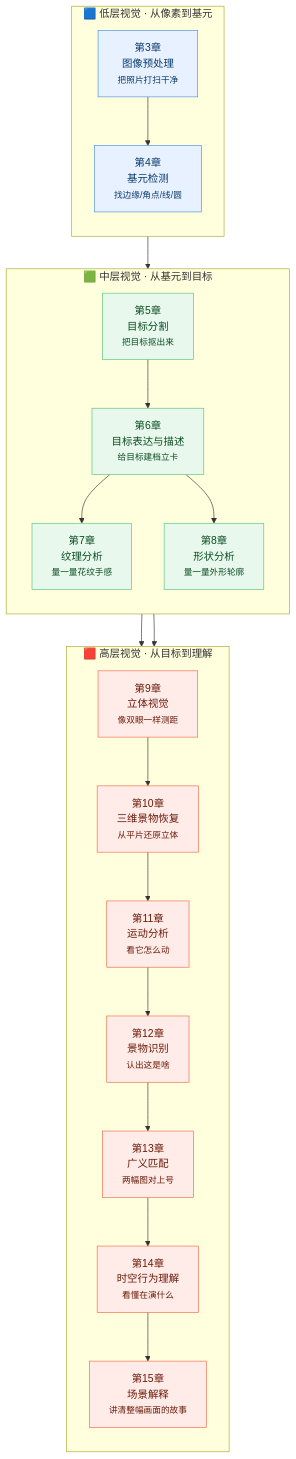
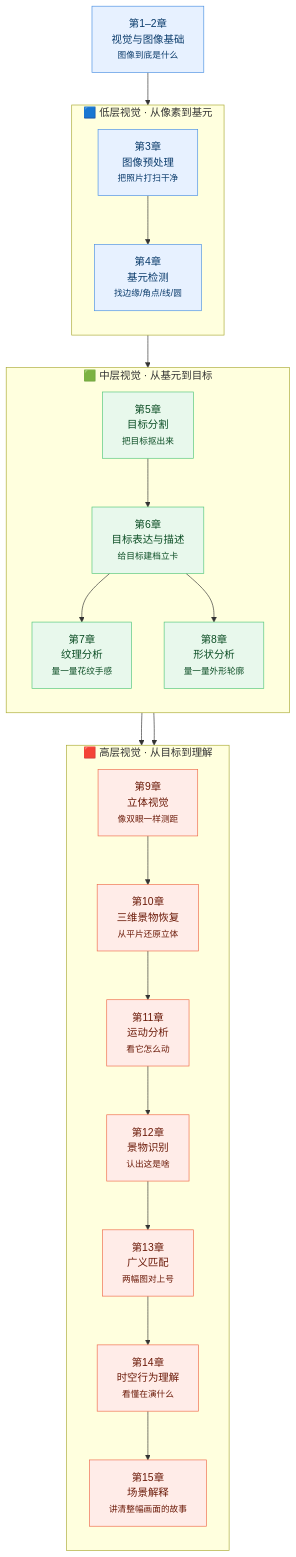
Before and after one commit to yejinlei/agent-cv: the diagram in docs/learning-path.md, drawn with Mermaid. The commit also changed other lines of this file and 24 other files, not shown here.

First line of the commit message:
fix(mermaid): 修复流程图渲染失败与调度竞态；章体系补预备篇

````diff
--- a/docs/learning-path.md
+++ b/docs/learning-path.md
@@ -11,40 +11,43 @@
 ```mermaid
 flowchart TB
+  C0["第1–2章<br/>视觉与图像基础<br/><small>图像到底是什么</small>"]
+
   subgraph L1["🟦 低层视觉 · 从像素到基元"]
     direction TB
     C3["第3章<br/>图像预处理<br/><small>把照片打扫干净</small>"]
     C4["第4章<br/>基元检测<br/><small>找边缘/角点/线/圆</small>"]
   end
 
   subgraph L2["🟩 中层视觉 · 从基元到目标"]
     direction TB
     C5["第5章<br/>目标分割<br/><small>把目标抠出来</small>"]
     C6["第6章<br/>目标表达与描述<br/><small>给目标建档立卡</small>"]
     C7["第7章<br/>纹理分析<br/><small>量一量花纹手感</small>"]
     C8["第8章<br/>形状分析<br/><small>量一量外形轮廓</small>"]
   end
 
   subgraph L3["🟥 高层视觉 · 从目标到理解"]
     direction TB
     C9["第9章<br/>立体视觉<br/><small>像双眼一样测距</small>"]
     C10["第10章<br/>三维景物恢复<br/><small>从平片还原立体</small>"]
     C11["第11章<br/>运动分析<br/><small>看它怎么动</small>"]
     C12["第12章<br/>景物识别<br/><small>认出这是啥</small>"]
     C13["第13章<br/>广义匹配<br/><small>两幅图对上号</small>"]
     C14["第14章<br/>时空行为理解<br/><small>看懂在演什么</small>"]
     C15["第15章<br/>场景解释<br/><small>讲清整幅画面的故事</small>"]
   end
 
+  C0 --> C3
   C3 --> C4 --> C5 --> C6
   C6 --> C7 & C8
   C7 & C8 --> C9
   C9 --> C10 --> C11 --> C12
   C12 --> C13 --> C14 --> C15
 
   classDef lvl1 fill:#e7f1ff,stroke:#4a90e2,color:#0a3b6b
   classDef lvl2 fill:#e8f8ec,stroke:#52c77a,color:#0b4d24
   classDef lvl3 fill:#ffece8,stroke:#ef6b4a,color:#6b1a08
-  class C3,C4 lvl1
+  class C0,C3,C4 lvl1
   class C5,C6,C7,C8 lvl2
   class C9,C10,C11,C12,C13,C14,C15 lvl3
 ```
````
